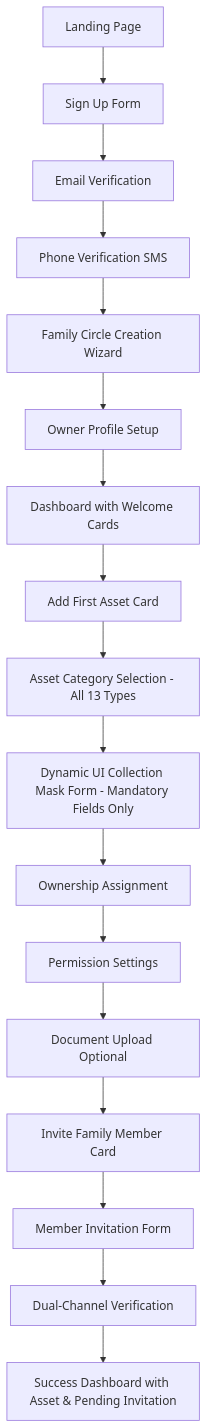
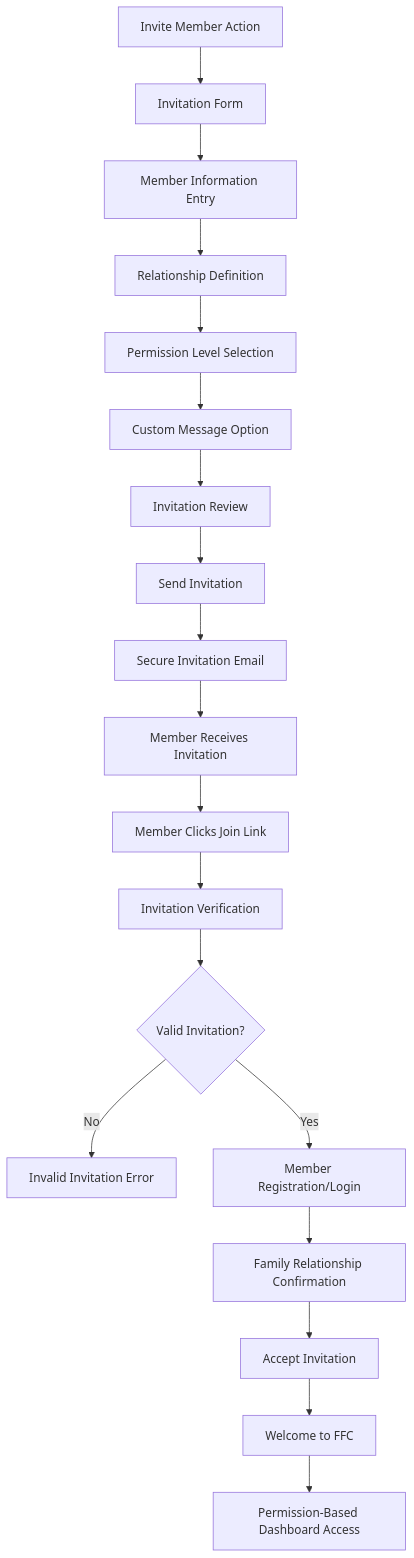
One commit to thseitz/FWD-INH changed the sixth of 15 diagrams in docs/front-end-spec.md. Above: the diagram before and after it, drawn with Mermaid. The commit also changed other lines of this file and 19 other files, not shown here.

First line of the commit message:
feat: comprehensive HEI integration and Builder.io CMS architecture

````diff
--- a/docs/front-end-spec.md
+++ b/docs/front-end-spec.md
@@ -174,19 +578,22 @@
 ```mermaid
 graph TD
-    A[Landing Page] --> B[Sign Up Form]
-    B --> C[Email Verification]
-    C --> D[Phone Verification SMS]
-    D --> E[Family Circle Creation Wizard]
-    E --> F[Owner Profile Setup]
-    F --> G[Dashboard with Welcome Cards]
-    G --> H[Add First Asset Card]
-    H --> I[Asset Category Selection - All 13 Types]
-    I --> J[Dynamic UI Collection Mask Form - Mandatory Fields Only]
-    J --> K[Ownership Assignment]
-    K --> L[Permission Settings]
-    L --> M[Document Upload Optional]
-    M --> N[Invite Family Member Card]
-    N --> O[Member Invitation Form]
-    O --> P[Dual-Channel Verification]
-    P --> Q[Success Dashboard with Asset & Pending Invitation]
+    A[Invite Member Action] --> B[Invitation Form]
+    B --> C[Member Information Entry]
+    C --> D[Relationship Definition]
+    D --> E[Permission Level Selection]
+    E --> F[Custom Message Option]
+    F --> G[Invitation Review]
+    G --> H[Send Invitation]
+    H --> I[Secure Invitation Email]
+    I --> J[Member Receives Invitation]
+    J --> K[Member Clicks Join Link]
+    K --> L[Invitation Verification]
+    L --> M{Valid Invitation?}
+    
+    M -->|No| N[Invalid Invitation Error]
+    M -->|Yes| O[Member Registration/Login]
+    O --> P[Family Relationship Confirmation]
+    P --> Q[Accept Invitation]
+    Q --> R[Welcome to FFC]
+    R --> S[Permission-Based Dashboard Access]
 ```
````
